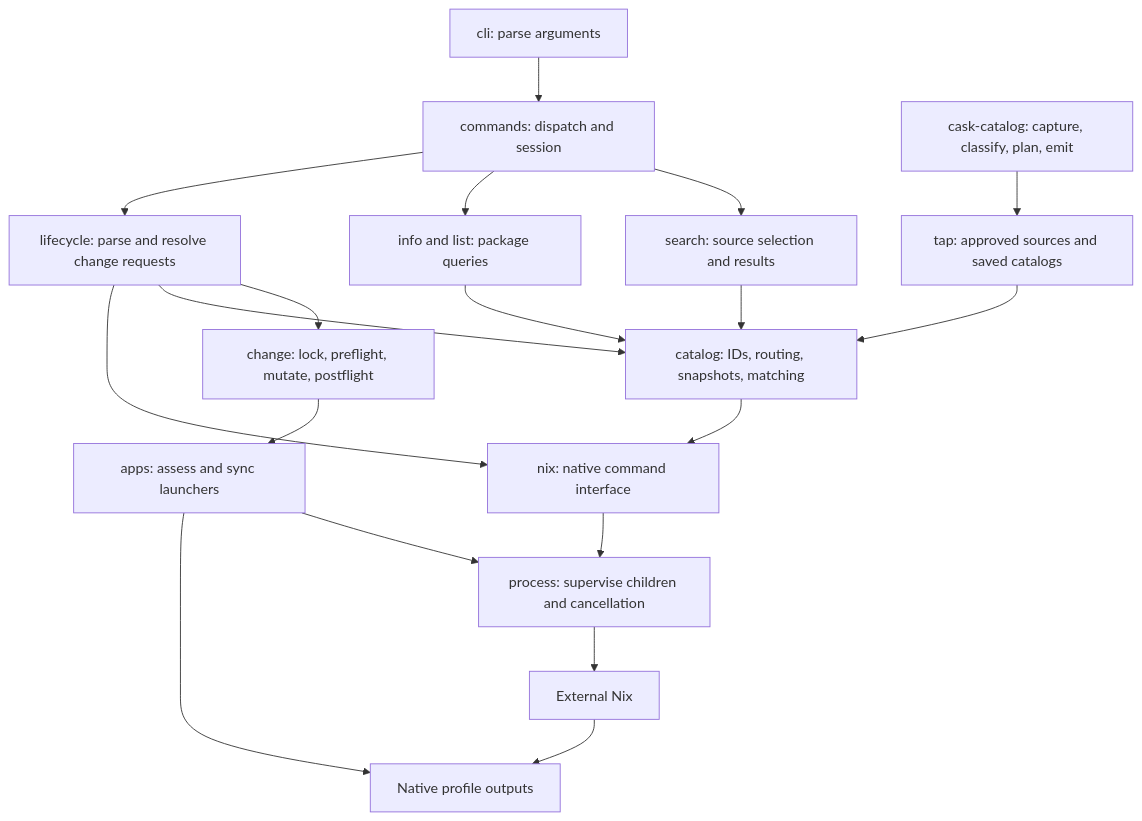
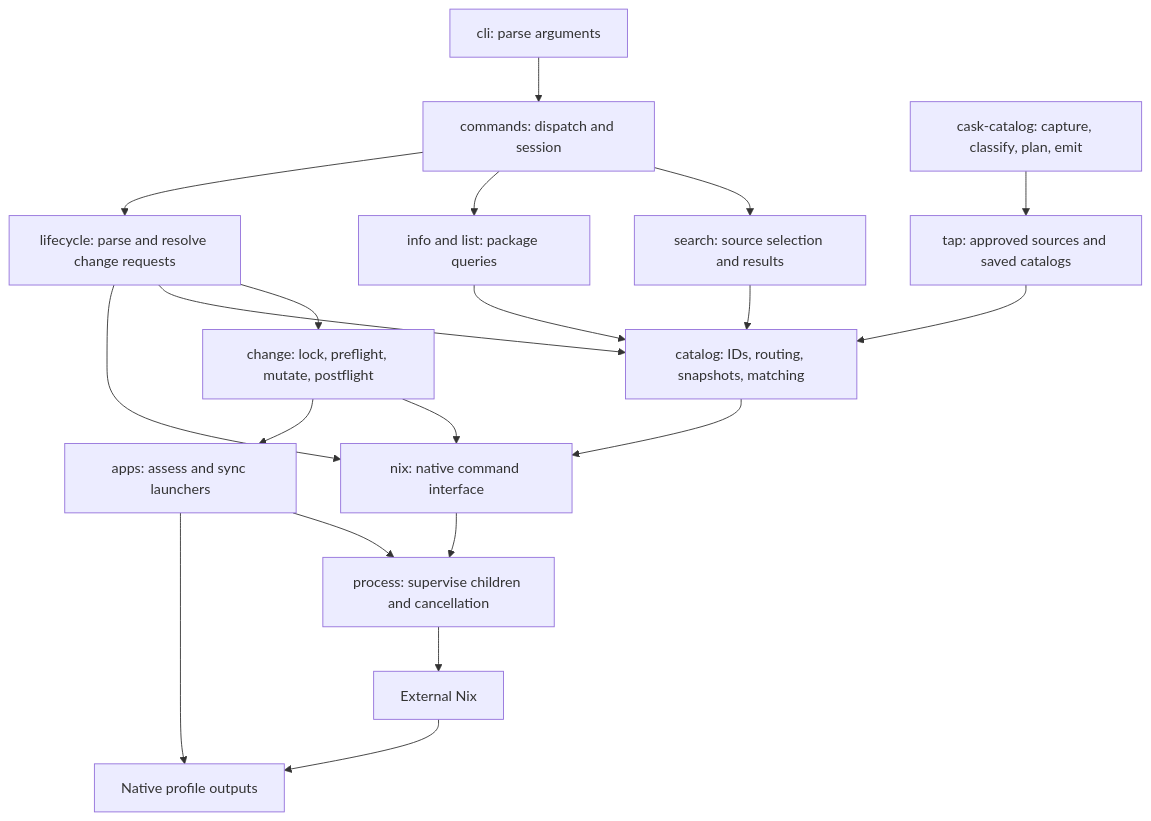
Before and after one commit to spa5k/pkg: the diagram in docs/architecture.md, drawn with Mermaid. The commit also changed other lines of this file and 2 other files, not shown here.

````diff
--- a/docs/architecture.md
+++ b/docs/architecture.md
@@ -7,21 +7,22 @@
 ```mermaid
 flowchart TD
     CLI[cli: parse arguments] --> Commands[commands: dispatch and session]
     Commands --> Search[search: source selection and results]
     Commands --> Info[info and list: package queries]
     Commands --> Lifecycle[lifecycle: parse and resolve change requests]
     Lifecycle --> Change[change: lock, preflight, mutate, postflight]
     Search --> Catalog[catalog: IDs, routing, snapshots, matching]
     Info --> Catalog
     Lifecycle --> Catalog
     Catalog --> Nix[nix: native command interface]
     Lifecycle --> Nix
+    Change --> Nix
     Nix --> Process[process: supervise children and cancellation]
     Process --> Runtime[External Nix]
     Change --> Apps[apps: assess and sync launchers]
     Apps --> Process
     Apps --> Profile[Native profile outputs]
     Runtime --> Profile
     Tap[tap: approved sources and saved catalogs] --> Catalog
     Generator[cask-catalog: capture, classify, plan, emit] --> Tap
 ```
````
